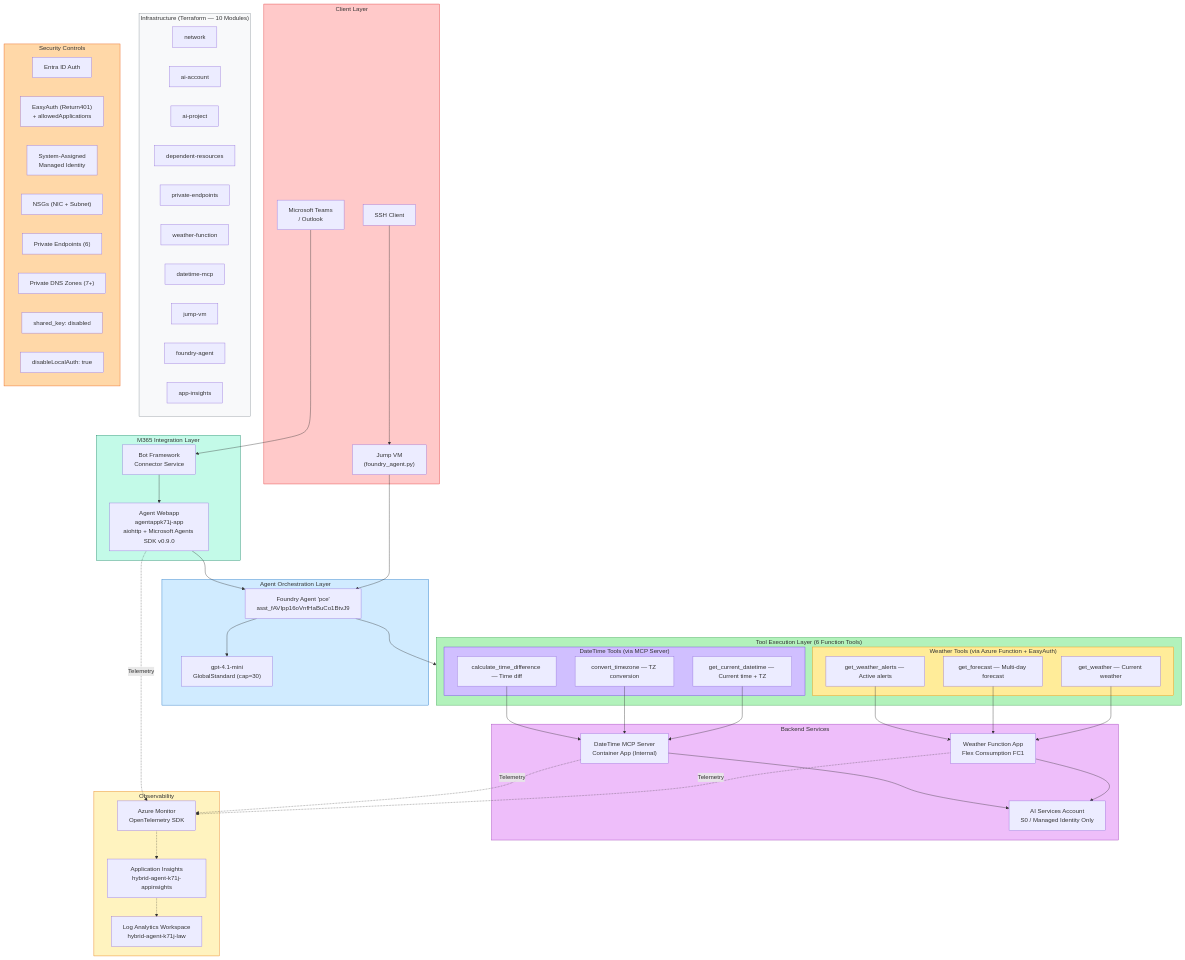
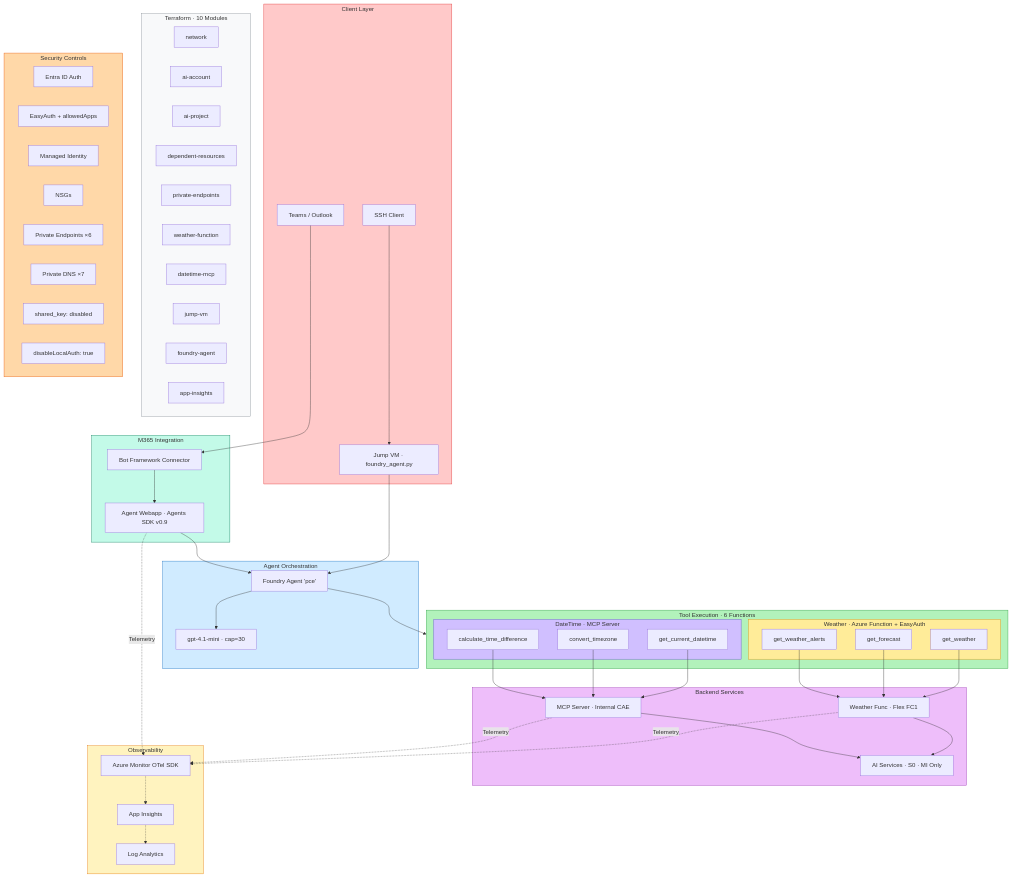
One commit to sureshpaulraj/fndry-pvnet-agent-fapp-mcp changed the second of 6 diagrams in diagrams/architecture-diagrams.md. Above: the diagram before and after it, drawn with Mermaid. The commit also changed other lines of this file, not shown here.

Commit message:
docs: fix architecture diagram legibility - shorten labels, move details to legend tables

```diff
--- a/diagrams/architecture-diagrams.md
+++ b/diagrams/architecture-diagrams.md
@@ -109,40 +109,40 @@
 graph TB
     subgraph ClientLayer["Client Layer"]
         SSH["SSH Client"]
-        VM["Jump VM<br/>(foundry_agent.py)"]
-        Teams["Microsoft Teams<br/>/ Outlook"]
+        VM["Jump VM · foundry_agent.py"]
+        Teams["Teams / Outlook"]
     end
 
-    subgraph M365Layer["M365 Integration Layer"]
-        BotConnector["Bot Framework<br/>Connector Service"]
-        AgentWebapp["Agent Webapp<br/>agentappk71j-app<br/>aiohttp + Microsoft Agents SDK v0.9.0"]
+    subgraph M365Layer["M365 Integration"]
+        BotConnector["Bot Framework Connector"]
+        AgentWebapp["Agent Webapp · Agents SDK v0.9"]
     end
 
-    subgraph AgentLayer["Agent Orchestration Layer"]
-        FoundryAgent["Foundry Agent 'pce'<br/>asst_fAVIpp16oVnfHaBuCo1BtvJ9"]
-        GPT["gpt-4.1-mini<br/>GlobalStandard (cap=30)"]
+    subgraph AgentLayer["Agent Orchestration"]
+        FoundryAgent["Foundry Agent 'pce'"]
+        GPT["gpt-4.1-mini · cap=30"]
     end
 
-    subgraph ToolLayer["Tool Execution Layer (6 Function Tools)"]
-        subgraph WeatherTools["Weather Tools (via Azure Function + EasyAuth)"]
-            T1["get_weather — Current weather"]
-            T2["get_forecast — Multi-day forecast"]
-            T3["get_weather_alerts — Active alerts"]
+    subgraph ToolLayer["Tool Execution · 6 Functions"]
+        subgraph WeatherTools["Weather · Azure Function + EasyAuth"]
+            T1["get_weather"]
+            T2["get_forecast"]
+            T3["get_weather_alerts"]
         end
-        subgraph DateTimeTools["DateTime Tools (via MCP Server)"]
-            T4["get_current_datetime — Current time + TZ"]
-            T5["convert_timezone — TZ conversion"]
-            T6["calculate_time_difference — Time diff"]
+        subgraph DateTimeTools["DateTime · MCP Server"]
+            T4["get_current_datetime"]
+            T5["convert_timezone"]
+            T6["calculate_time_difference"]
         end
     end
 
     subgraph BackendLayer["Backend Services"]
-        AISvc["AI Services Account<br/>S0 / Managed Identity Only"]
-        FuncApp["Weather Function App<br/>Flex Consumption FC1"]
-        ContainerApp["DateTime MCP Server<br/>Container App (Internal)"]
+        AISvc["AI Services · S0 · MI Only"]
+        FuncApp["Weather Func · Flex FC1"]
+        ContainerApp["MCP Server · Internal CAE"]
     end
 
-    subgraph InfraLayer["Infrastructure (Terraform — 10 Modules)"]
+    subgraph InfraLayer["Terraform · 10 Modules"]
         M1["network"]
         M2["ai-account"]
         M3["ai-project"]
@@ -156,18 +156,18 @@
     end
 
     subgraph ObsLayer["Observability"]
-        AppInsights["Application Insights<br/>hybrid-agent-k71j-appinsights"]
-        LAW["Log Analytics Workspace<br/>hybrid-agent-k71j-law"]
-        OTel["Azure Monitor<br/>OpenTelemetry SDK"]
+        AppInsights["App Insights"]
+        LAW["Log Analytics"]
+        OTel["Azure Monitor OTel SDK"]
     end
 
     subgraph SecurityLayer["Security Controls"]
         Entra["Entra ID Auth"]
-        EasyAuth["EasyAuth (Return401)<br/>+ allowedApplications"]
-        ManagedId["System-Assigned<br/>Managed Identity"]
-        NSG["NSGs (NIC + Subnet)"]
-        PE["Private Endpoints (6)"]
-        DNS["Private DNS Zones (7+)"]
+        EasyAuth["EasyAuth + allowedApps"]
+        ManagedId["Managed Identity"]
+        NSG["NSGs"]
+        PE["Private Endpoints ×6"]
+        DNS["Private DNS ×7"]
         NoSharedKey["shared_key: disabled"]
         NoLocalAuth["disableLocalAuth: true"]
     end
```
